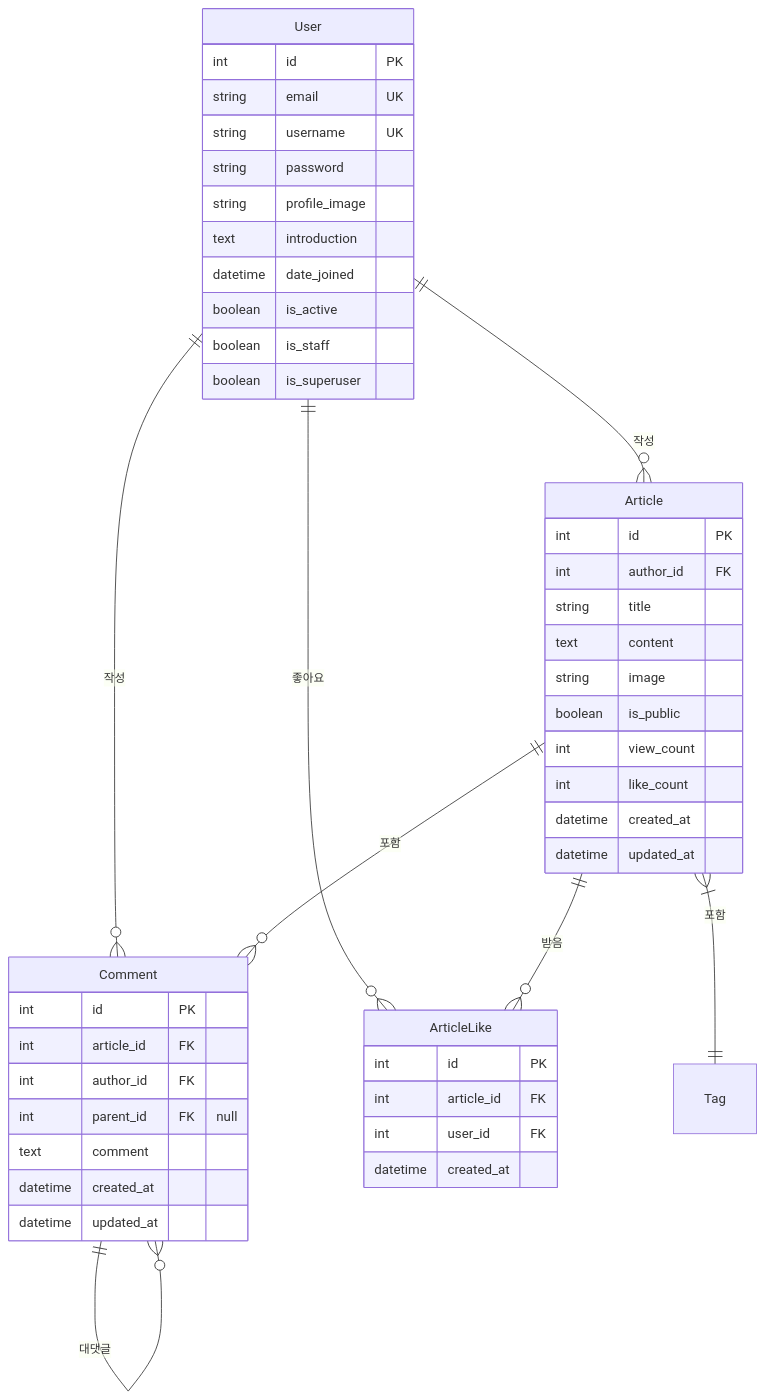
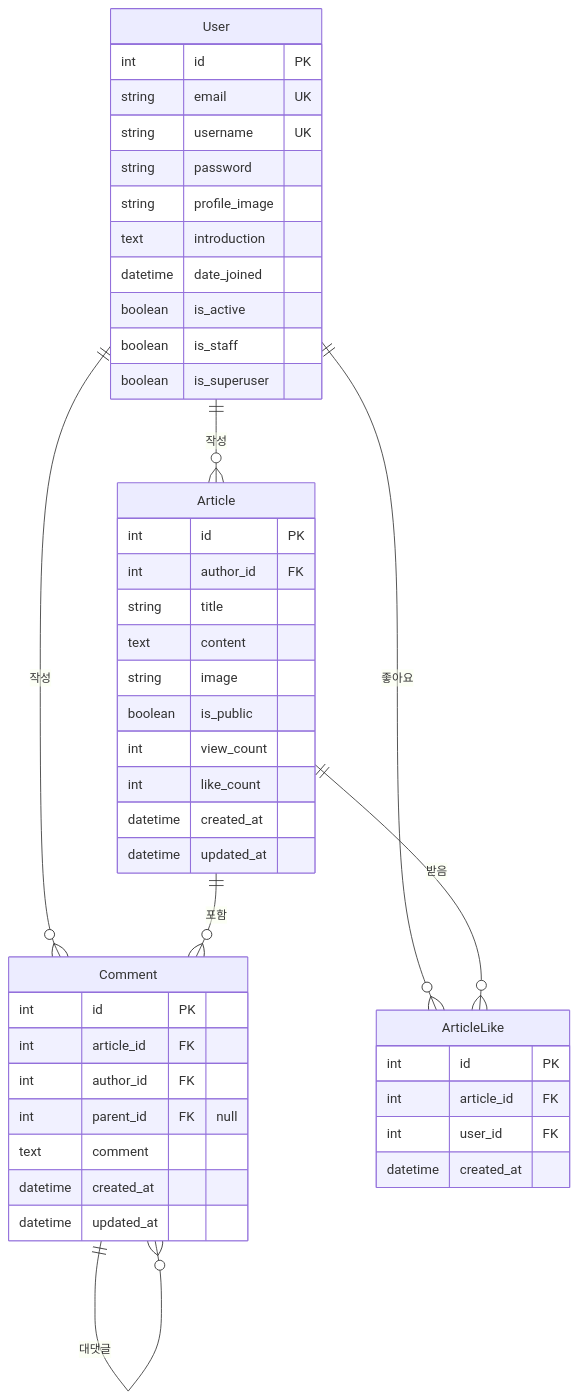
One commit to yoonjginny/whyding changed the diagram in ERD.md. Above: the diagram before and after it, drawn with Mermaid.

Commit message:
docs: Update ERD

````diff
--- a/ERD.md
+++ b/ERD.md
@@ -1,53 +1,52 @@
 ```mermaid
 erDiagram
     User {
         int id PK
         string email UK
         string username UK
         string password
         string profile_image
         text introduction
         datetime date_joined
         boolean is_active
         boolean is_staff
         boolean is_superuser
     }
 
     Article {
         int id PK
         int author_id FK
         string title
         text content
         string image
         boolean is_public
         int view_count
         int like_count
         datetime created_at
         datetime updated_at
     }
 
     Comment {
         int id PK
         int article_id FK
         int author_id FK
         int parent_id FK "null"
         text comment
         datetime created_at
         datetime updated_at
     }
 
     ArticleLike {
         int id PK
         int article_id FK
         int user_id FK
         datetime created_at
     }
 
     User ||--o{ Article : "작성"
     User ||--o{ Comment : "작성"
     User ||--o{ ArticleLike : "좋아요"
     Article ||--o{ Comment : "포함"
     Article ||--o{ ArticleLike : "받음"
-    Article }|--|| Tag : "포함"
     Comment ||--o{ Comment : "대댓글"
 ```
````
